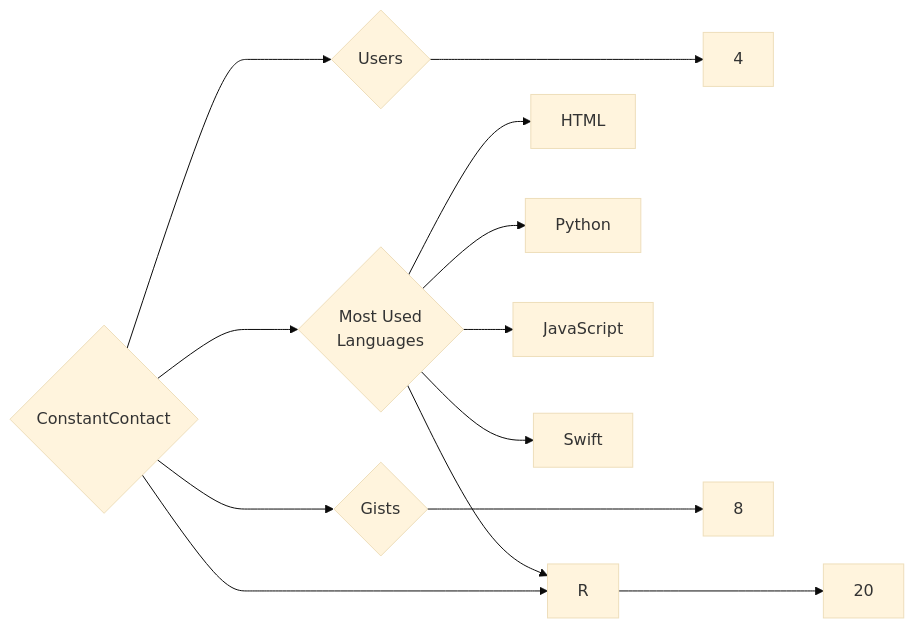
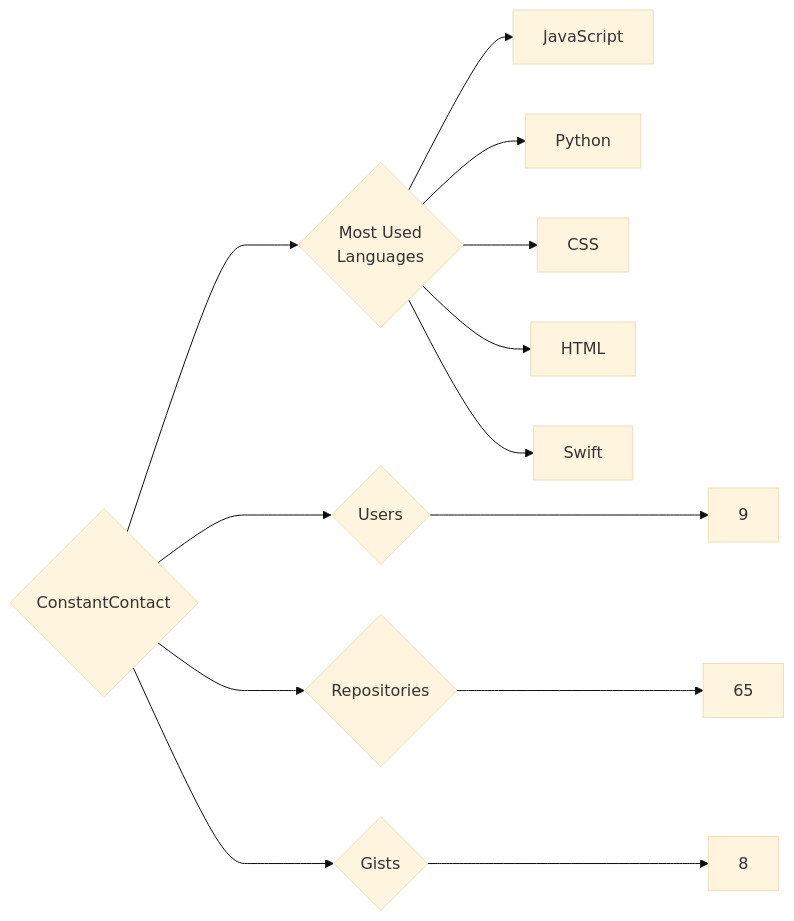
One commit to trickest/insiders changed the diagram in targets/ConstantContact/README.md. Above: the diagram before and after it, drawn with Mermaid (base theme). The commit also changed 1166 other files, not shown here.

````diff
--- a/targets/ConstantContact/README.md
+++ b/targets/ConstantContact/README.md
@@ -3,13 +3,13 @@
 ```mermaid
 graph LR
 COMPANY_NAME{ConstantContact}
-COMPANY_NAME ---> U{Users} ---> UN[4]
-COMPANY_NAME ---> R{Repositories} ---> RN[20]
+COMPANY_NAME ---> U{Users} ---> UN[9]
+COMPANY_NAME ---> R{Repositories} ---> RN[65]
 COMPANY_NAME ---> G{Gists} ---> GN[8]
 COMPANY_NAME ---> ML{Most Used<br>Languages}
+ML --> JavaScript[JavaScript]
+ML --> Python[Python]
+ML --> CSS[CSS]
 ML --> HTML[HTML]
-ML --> Python[Python]
-ML --> JavaScript[JavaScript]
 ML --> Swift[Swift]
-ML --> R[R]
 ```
````
